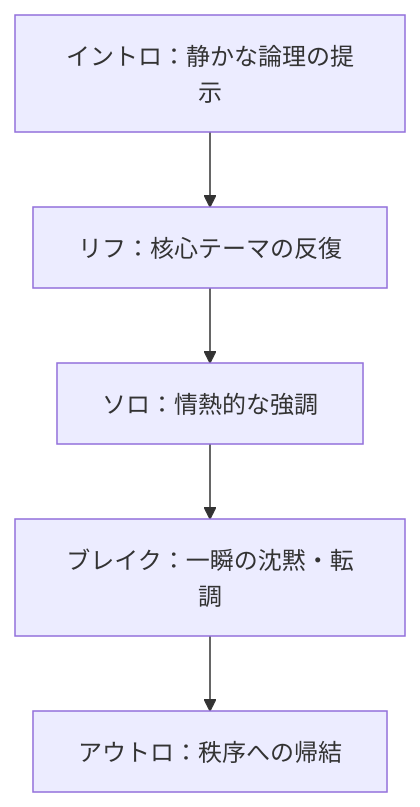
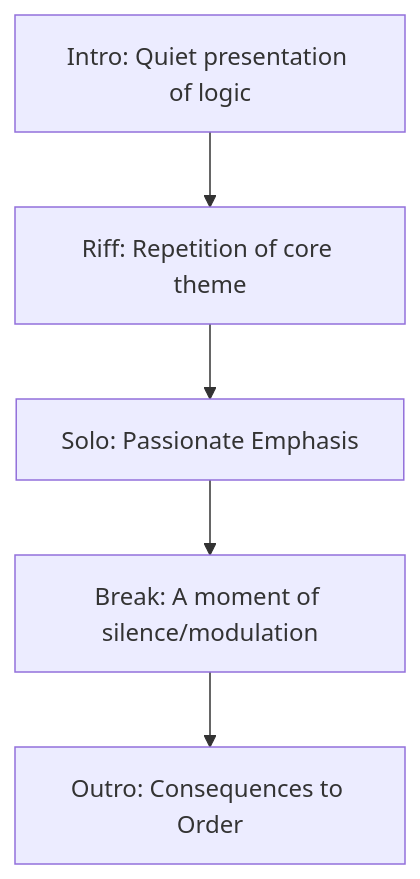
The first of 3 diagrams in en/_posts/2025-10-25-column-takaichi-metal.md (monumental-movement/monumental-movement.github.io), drawn with Mermaid before and after one commit. The commit also changed other lines of this file and 152 other files, not shown here.

```diff
--- a/en/_posts/2025-10-25-column-takaichi-metal.md
+++ b/en/_posts/2025-10-25-column-takaichi-metal.md
@@ -104,12 +104,12 @@
 <div class="mermaid">
 
 flowchart TD
-    A["イントロ：静かな論理の提示"]
-    B["リフ：核心テーマの反復"]
-    C["ソロ：情熱的な強調"]
-    D["ブレイク：一瞬の沈黙・転調"]
-    E["アウトロ：秩序への帰結"]
+    A["Intro: Quiet presentation of logic"]
+    B["Riff: Repetition of core theme"]
+    C["Solo: Passionate Emphasis"]
+    D["Break: A moment of silence/modulation"]
+    E["Outro: Consequences to Order"]
 
     A --> B --> C --> D --> E
 
 </div>
```
